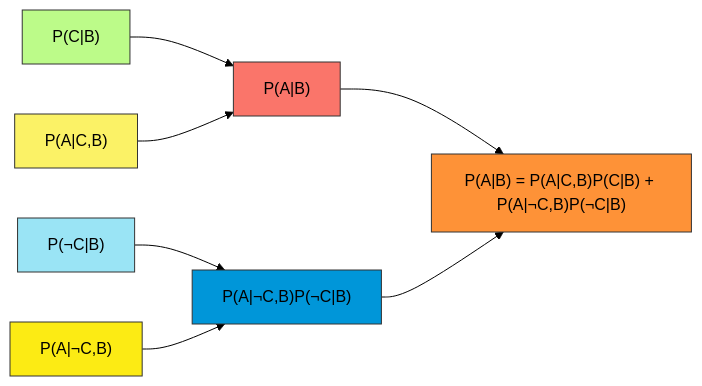
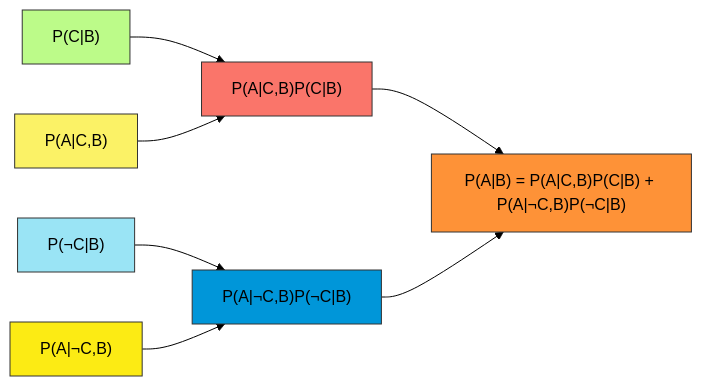
Before and after one commit to Chaklader/part-of-speech-tagging: the tenth of 26 diagrams in C_2.md, drawn with Mermaid (forest theme).

````diff
--- a/C_2.md
+++ b/C_2.md
@@ -813,16 +813,16 @@
 ```mermaid
 graph LR
-    A["P(C|B)"] --> C["P(A|B)"]
+    A["P(C|B)"] --> C["P(A|C,B)P(C|B)"]
     B["P(A|C,B)"] --> C
     D["P(¬C|B)"] --> E["P(A|¬C,B)P(¬C|B)"]
     F["P(A|¬C,B)"] --> E
     C --> G["P(A|B) = P(A|C,B)P(C|B) + P(A|¬C,B)P(¬C|B)"]
     E --> G
 style A fill:#BCFB89,stroke:#333,stroke-width:1px
   style B fill:#FBF266,stroke:#333,stroke-width:1px
   style C fill:#FA756A,stroke:#333,stroke-width:1px
   style D fill:#9AE4F5,stroke:#333,stroke-width:1px
   style E fill:#0096D9,stroke:#333,stroke-width:1px
   style F fill:#FCEB14,stroke:#333,stroke-width:1px
   style G fill:#FE9237,stroke:#333,stroke-width:1px
 ```
````
